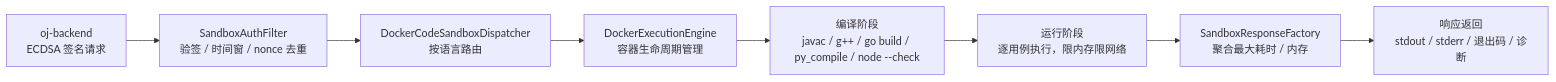
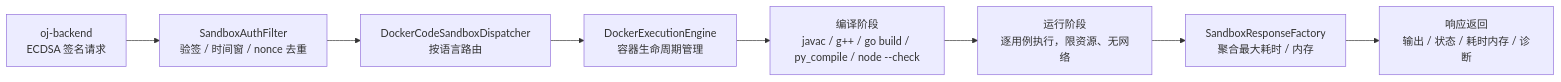
One commit to Huangjl-cn/my-oj-sandbox changed the diagram in README.md. Above: the diagram before and after it, drawn with Mermaid. The commit also changed other lines of this file and 7 other files, not shown here.

````diff
--- a/README.md
+++ b/README.md
@@ -22,10 +21,10 @@
 ```mermaid
 flowchart LR
     A["oj-backend<br/>ECDSA 签名请求"] --> B["SandboxAuthFilter<br/>验签 / 时间窗 / nonce 去重"]
     B --> C["DockerCodeSandboxDispatcher<br/>按语言路由"]
     C --> D["DockerExecutionEngine<br/>容器生命周期管理"]
     D --> E["编译阶段<br/>javac / g++ / go build / py_compile / node --check"]
-    E --> F["运行阶段<br/>逐用例执行，限内存限网络"]
+    E --> F["运行阶段<br/>逐用例执行，限资源、无网络"]
     F --> G["SandboxResponseFactory<br/>聚合最大耗时 / 内存"]
-    G --> H["响应返回<br/>stdout / stderr / 退出码 / 诊断"]
+    G --> H["响应返回<br/>输出 / 状态 / 耗时内存 / 诊断"]
 ```
````
